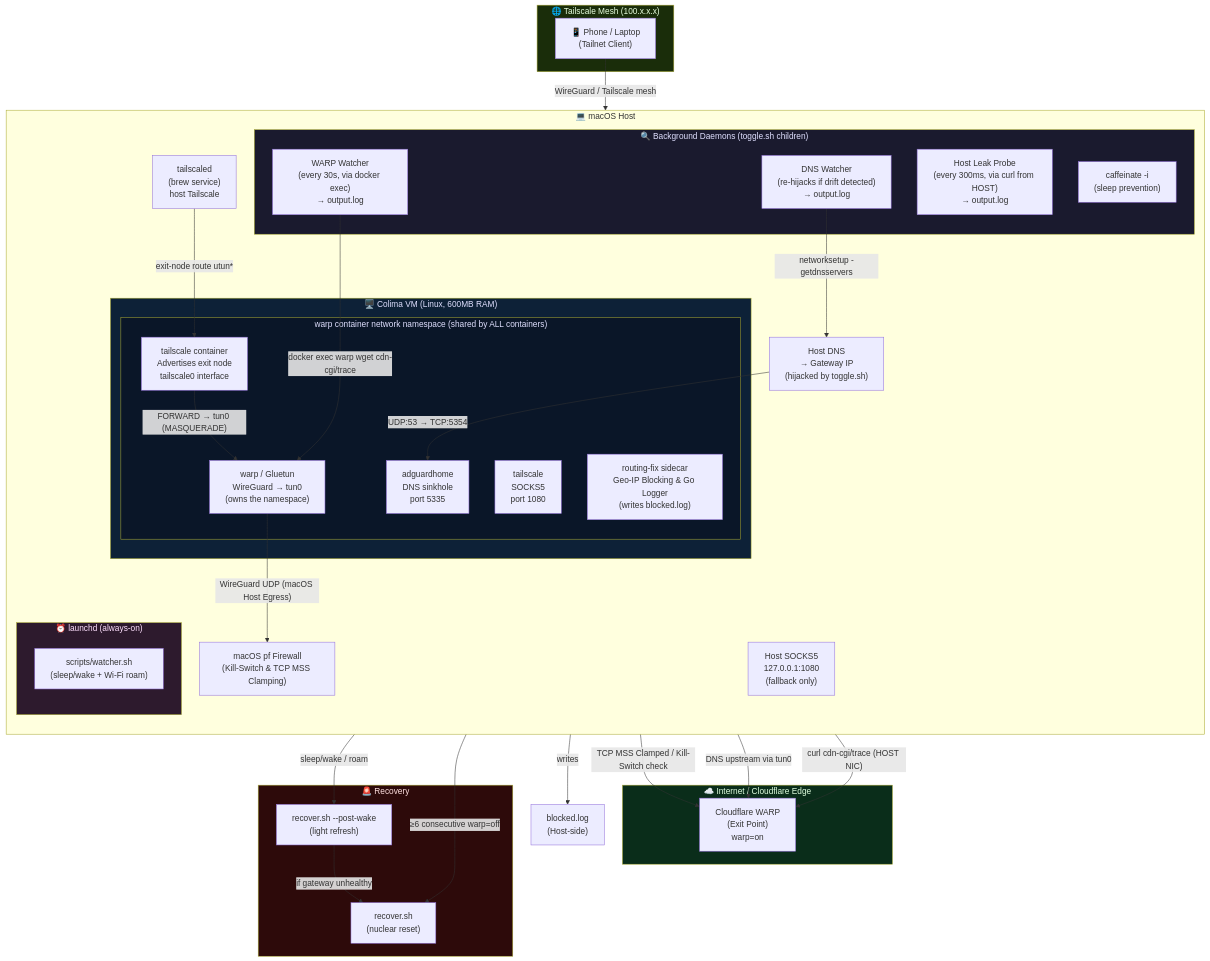
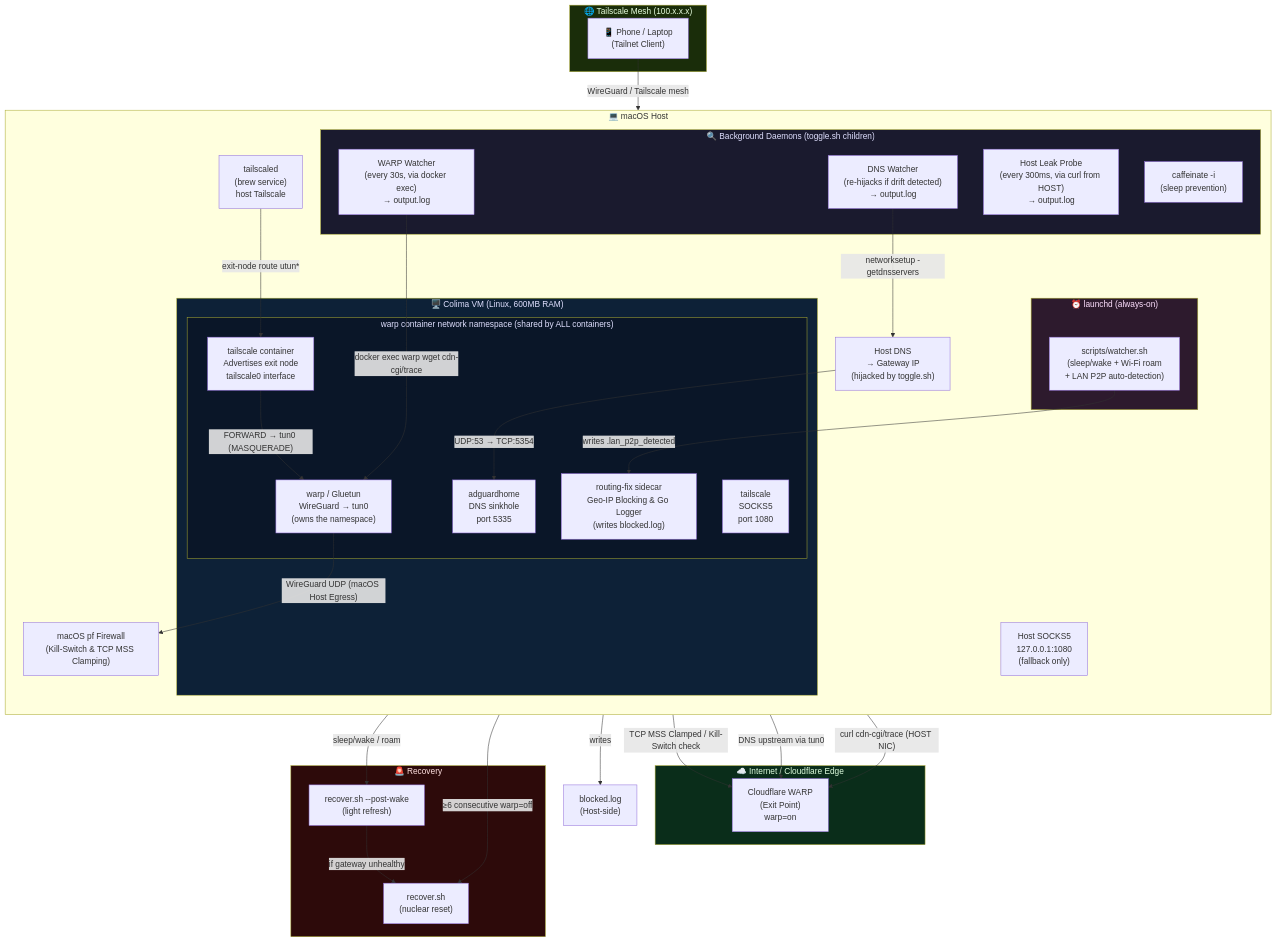
The first of 7 diagrams in diagrams.md (OmarAlaaeldein/nullexit), drawn with Mermaid before and after one commit. The commit also changed other lines of this file, not shown here.

First line of the commit message:
docs(diagrams): fix DNS Watcher poll rate (15s→30s), add LAN P2P detection to watcher node

````diff
--- a/diagrams.md
+++ b/diagrams.md
@@ -7,76 +7,77 @@
 ```mermaid
 graph TB
     subgraph INTERNET["☁️  Internet / Cloudflare Edge"]
         CF["Cloudflare WARP\n(Exit Point)\nwarp=on"]
     end
 
     subgraph TAILNET["🌐 Tailscale Mesh (100.x.x.x)"]
         PHONE["📱 Phone / Laptop\n(Tailnet Client)"]
     end
 
     subgraph MACHOST["💻 macOS Host"]
         direction TB
         PFFIREWALL["macOS pf Firewall\n(Kill-Switch & TCP MSS Clamping)"]
         TSDAEMON["tailscaled\n(brew service)\nhost Tailscale"]
         HOSTDNS["Host DNS\n→ Gateway IP\n(hijacked by toggle.sh)"]
         HOSTSOCKS["Host SOCKS5\n127.0.0.1:1080\n(fallback only)"]
 
         subgraph MONITORS["🔍 Background Daemons (toggle.sh children)"]
             WARPWATCH["WARP Watcher\n(every 30s, via docker exec)\n→ output.log"]
             LEAKPROBE["Host Leak Probe\n(every 300ms, via curl from HOST)\n→ output.log"]
             DNSWATCHER["DNS Watcher\n(re-hijacks if drift detected)\n→ output.log"]
             CAFFEINATE["caffeinate -i\n(sleep prevention)"]
         end
 
         subgraph COLIMAVM["🖥️  Colima VM (Linux, 600MB RAM)"]
             subgraph NETNS["warp container network namespace (shared by ALL containers)"]
                 GLUETUN["warp / Gluetun\nWireGuard → tun0\n(owns the namespace)"]
                 TS["tailscale container\nAdvertises exit node\ntailscale0 interface"]
                 SOCKS["tailscale\nSOCKS5\nport 1080"]
                 ADGUARD["adguardhome\nDNS sinkhole\nport 5335"]
                 ROUTINGFIX["routing-fix sidecar\nGeo-IP Blocking & Go Logger\n(writes blocked.log)"]
             end
         end
 
         subgraph LAUNCHD["⏰ launchd (always-on)"]
-            WATCHER["scripts/watcher.sh\n(sleep/wake + Wi-Fi roam)"]
+            WATCHER["scripts/watcher.sh\n(sleep/wake + Wi-Fi roam\n+ LAN P2P auto-detection)"]
         end
     end
 
     subgraph RECOVERY["🚨 Recovery"]
         RECOVER["recover.sh\n(nuclear reset)"]
         RECOVERPOST["recover.sh --post-wake\n(light refresh)"]
     end
 
     %% Traffic flow
     PHONE -->|"WireGuard / Tailscale mesh"| TSDAEMON
     TSDAEMON -->|"exit-node route utun*"| TS
     TS -->|"FORWARD → tun0 (MASQUERADE)"| GLUETUN
     GLUETUN -->|"WireGuard UDP (macOS Host Egress)"| PFFIREWALL
     PFFIREWALL -->|"TCP MSS Clamped / Kill-Switch check"| CF
 
     %% DNS
     HOSTDNS -->|"UDP:53 → TCP:5354"| ADGUARD
     ADGUARD -->|"DNS upstream via tun0"| CF
 
     %% Monitoring
     WARPWATCH -->|"docker exec warp wget cdn-cgi/trace"| GLUETUN
     LEAKPROBE -->|"curl cdn-cgi/trace (HOST NIC)"| CF
     DNSWATCHER -->|"networksetup -getdnsservers"| HOSTDNS
 
     %% Logging
     ROUTINGFIX -->|"writes"| BLOCKEDLOG["blocked.log\n(Host-side)"]
 
     %% Recovery triggers
     WARPWATCH -->|"≥6 consecutive warp=off"| RECOVER
     WATCHER -->|"sleep/wake / roam"| RECOVERPOST
     RECOVERPOST -->|"if gateway unhealthy"| RECOVER
+    WATCHER -->|"writes .lan_p2p_detected"| ROUTINGFIX
 
     style MONITORS fill:#1a1a2e,color:#e0e0ff
     style COLIMAVM fill:#0d2137,color:#e0e0ff
     style NETNS fill:#0a1628,color:#e0e0ff
     style RECOVERY fill:#2d0a0a,color:#ffe0e0
     style INTERNET fill:#0a2d1a,color:#e0ffe0
     style TAILNET fill:#1a2d0a,color:#e8ffe0
     style LAUNCHD fill:#2d1a2d,color:#ffe0ff
 ```
````
